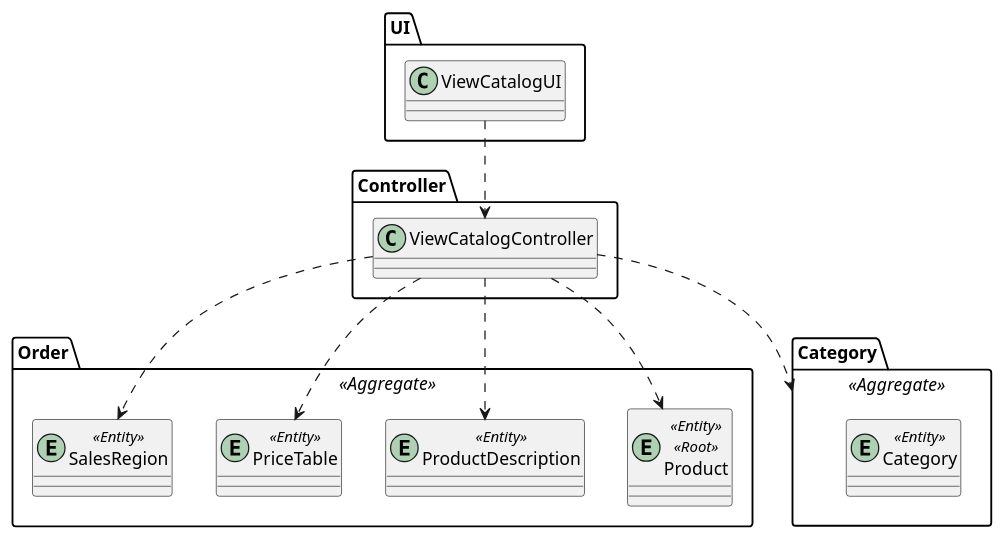
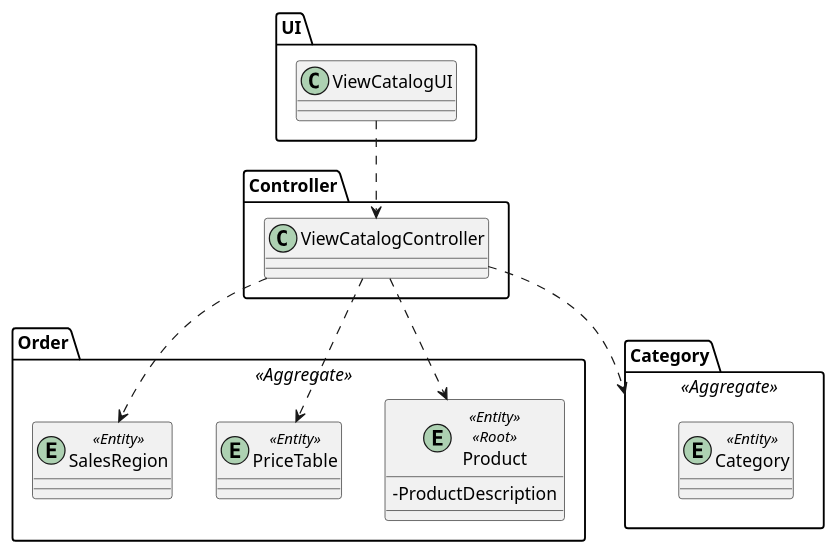
The diagram in docs/Sprint2/US1002/US1002_CD.puml (marttuga/LAPR4-SmartSystems), drawn with PlantUML before and after one commit. The commit also changed 3 other files, not shown here.

```diff
--- a/docs/Sprint2/US1002/US1002_CD.puml
+++ b/docs/Sprint2/US1002/US1002_CD.puml
@@ -1,39 +1,39 @@
 @startuml
 skinparam classAttributeIconSize 0
 
 package UI {
 class ViewCatalogUI {
 }
 }
 
 package Controller{
 class ViewCatalogController {
 
 }
 }
 
 package Order <<Aggregate>>{
 
-entity Product <<Entity>> <<Root>>
-entity ProductDescription <<Entity>>
+entity Product <<Entity>> <<Root>> {
+- ProductDescription
+}
 entity PriceTable <<Entity>>
 entity SalesRegion <<Entity>>
 }
 
 
 package Category <<Aggregate>> {
     entity Category <<Entity>>
 
 }
 
 ViewCatalogUI ..> ViewCatalogController
 ViewCatalogController ..> Category
 ViewCatalogController ..>PriceTable
-ViewCatalogController ..>ProductDescription
 
 ViewCatalogController ..> Product
 
 ViewCatalogController ..> SalesRegion
 
 
 @enduml
```
